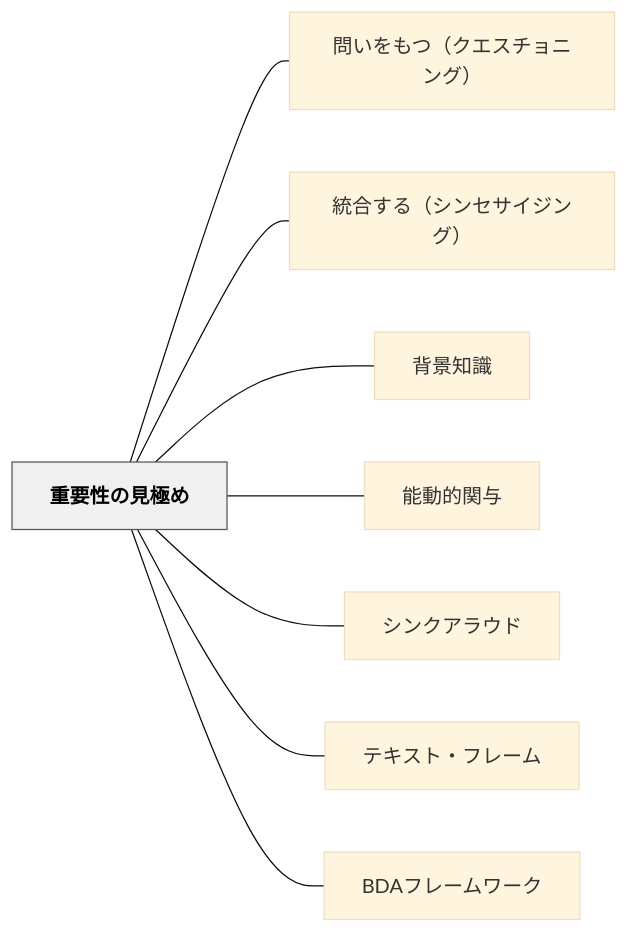
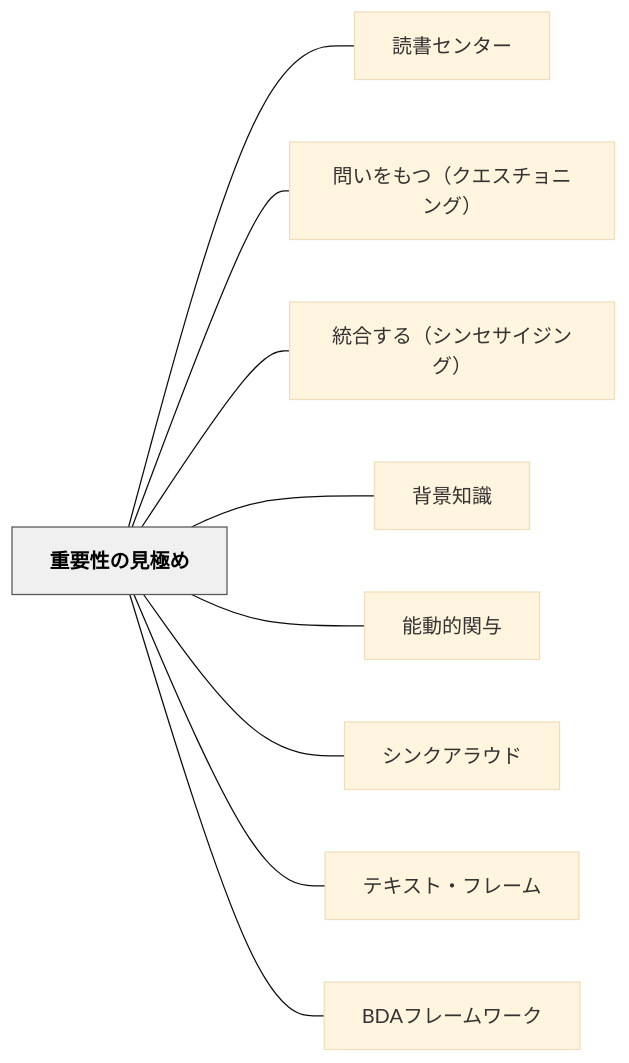
One commit to unknownthings-ed-patterns/unknownthings-ed-patterns changed the diagram in content/パタン/重要性の見極め.md. Above: the diagram before and after it, drawn with Mermaid (base theme). The commit also changed other lines of this file and 473 other files, not shown here.

````diff
--- a/content/パタン/重要性の見極め.md
+++ b/content/パタン/重要性の見極め.md
@@ -131,22 +132,24 @@
 ```mermaid
 flowchart LR
     ne9878de8a681["重要性の見極め"]
+    ne8aaade69bb8["読書センター"]
     ne5958fe38184["問いをもつ（クエスチョニング）"]
     ne7b5b1e59088["統合する（シンセサイジング）"]
     ne8838ce699af["背景知識"]
     ne883bde58b95["能動的関与"]
     ne382b7e383b3["シンクアラウド"]
     ne38386e382ad["テキスト・フレーム"]
     n424441e38395["BDAフレームワーク"]
 
+    ne9878de8a681 --- ne8aaade69bb8
     ne9878de8a681 --- ne5958fe38184
     ne9878de8a681 --- ne7b5b1e59088
     ne9878de8a681 --- ne8838ce699af
     ne9878de8a681 --- ne883bde58b95
     ne9878de8a681 --- ne382b7e383b3
     ne9878de8a681 --- ne38386e382ad
     ne9878de8a681 --- n424441e38395
 
     classDef hub fill:#f0f0f0,stroke:#555,color:#000,font-weight:bold
     class ne9878de8a681 hub
 ```
````
